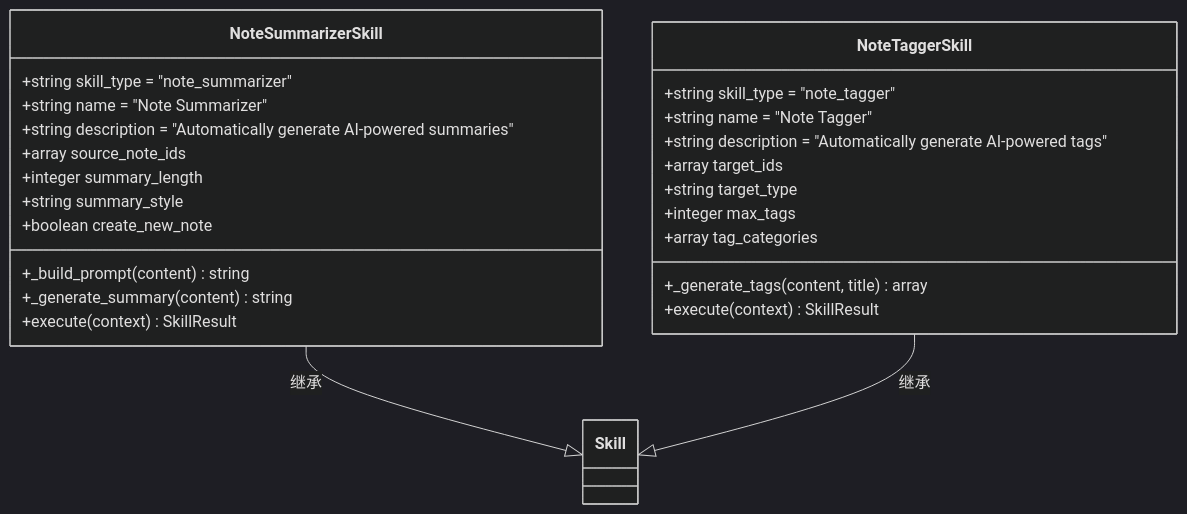
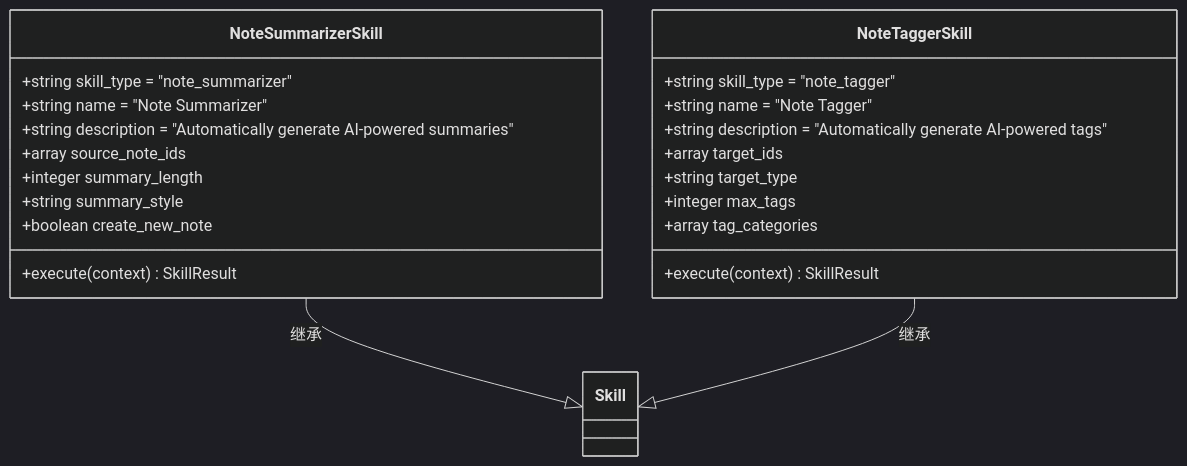
One commit to jackeyunjie/open-notebook changed the tenth of 12 diagrams in .qoder/repowiki/zh/content/前端架构/技能管理前端页面.md. Above: the diagram before and after it, drawn with Mermaid (dark theme). The commit also changed other lines of this file and 24 other files, not shown here.

````diff
--- a/.qoder/repowiki/zh/content/前端架构/技能管理前端页面.md
+++ b/.qoder/repowiki/zh/content/前端架构/技能管理前端页面.md
@@ -334,28 +472,25 @@
 ```mermaid
 classDiagram
 class NoteSummarizerSkill {
 +string skill_type = "note_summarizer"
 +string name = "Note Summarizer"
 +string description = "Automatically generate AI-powered summaries"
 +array source_note_ids
 +integer summary_length
 +string summary_style
 +boolean create_new_note
-+_build_prompt(content) string
-+_generate_summary(content) string
 +execute(context) SkillResult
 }
 class NoteTaggerSkill {
 +string skill_type = "note_tagger"
 +string name = "Note Tagger"
 +string description = "Automatically generate AI-powered tags"
 +array target_ids
 +string target_type
 +integer max_tags
 +array tag_categories
-+_generate_tags(content, title) array
 +execute(context) SkillResult
 }
 NoteSummarizerSkill --|> Skill : 继承
 NoteTaggerSkill --|> Skill : 继承
 ```
````
